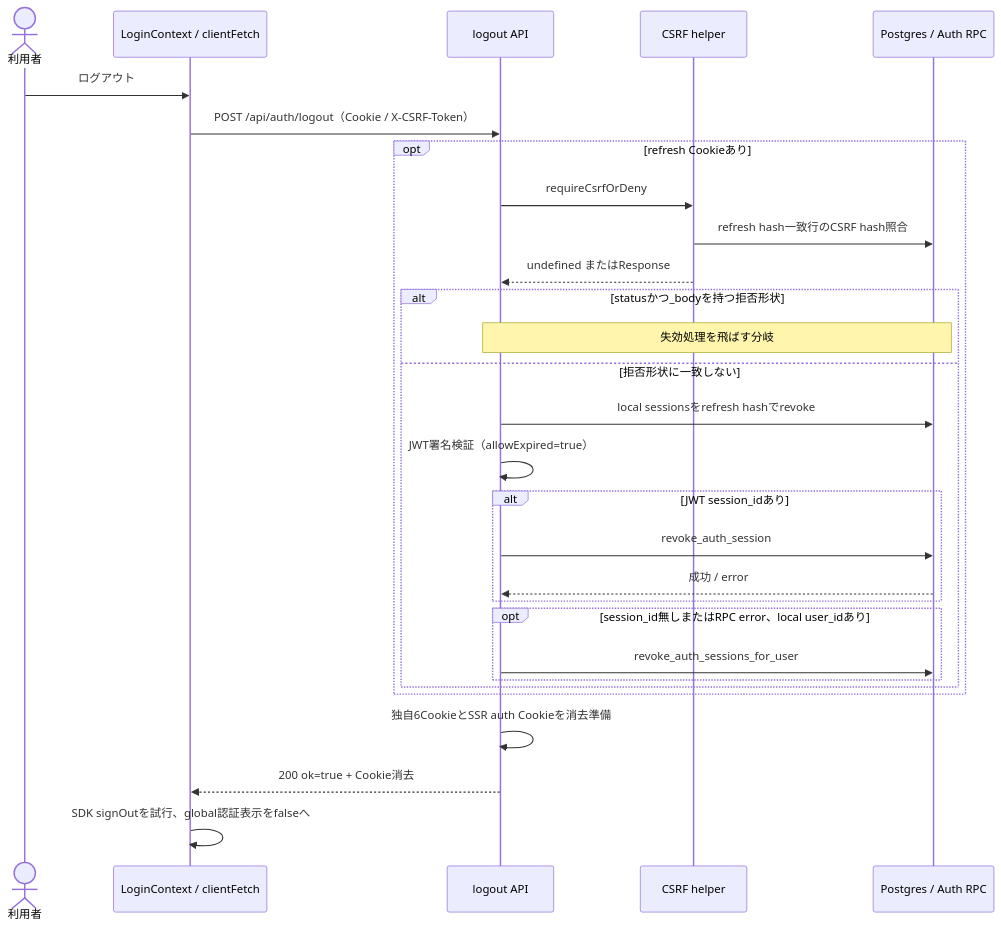
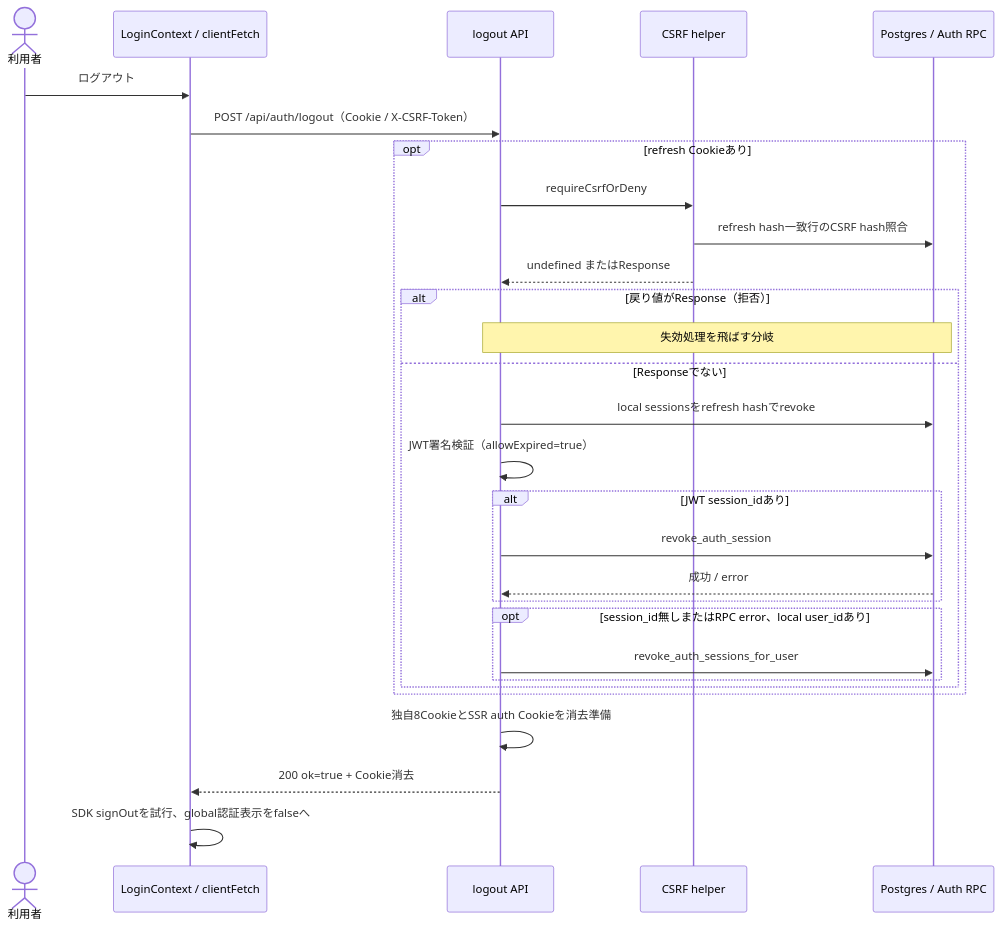
One commit to ChocoWork/o_official changed the third of 4 diagrams in docs/04_DetailDesign/sequence/auth-session.md. Above: the diagram before and after it, drawn with Mermaid. The commit also changed other lines of this file and 20 other files, not shown here.

````diff
--- a/docs/04_DetailDesign/sequence/auth-session.md
+++ b/docs/04_DetailDesign/sequence/auth-session.md
@@ -133,31 +133,31 @@
 ```mermaid
 sequenceDiagram
   actor User as 利用者
   participant UI as LoginContext / clientFetch
   participant API as logout API
   participant CSRF as CSRF helper
   participant DB as Postgres / Auth RPC
   User->>UI: ログアウト
   UI->>API: POST /api/auth/logout（Cookie / X-CSRF-Token）
   opt refresh Cookieあり
     API->>CSRF: requireCsrfOrDeny
     CSRF->>DB: refresh hash一致行のCSRF hash照合
     CSRF-->>API: undefined またはResponse
-    alt statusかつ_bodyを持つ拒否形状
+    alt 戻り値がResponse（拒否）
       Note over API,DB: 失効処理を飛ばす分岐
-    else 拒否形状に一致しない
+    else Responseでない
       API->>DB: local sessionsをrefresh hashでrevoke
       API->>API: JWT署名検証（allowExpired=true）
       alt JWT session_idあり
         API->>DB: revoke_auth_session
         DB-->>API: 成功 / error
       end
       opt session_id無しまたはRPC error、local user_idあり
         API->>DB: revoke_auth_sessions_for_user
       end
     end
   end
-  API->>API: 独自6CookieとSSR auth Cookieを消去準備
+  API->>API: 独自8CookieとSSR auth Cookieを消去準備
   API-->>UI: 200 ok=true + Cookie消去
   UI->>UI: SDK signOutを試行、global認証表示をfalseへ
 ```
````
